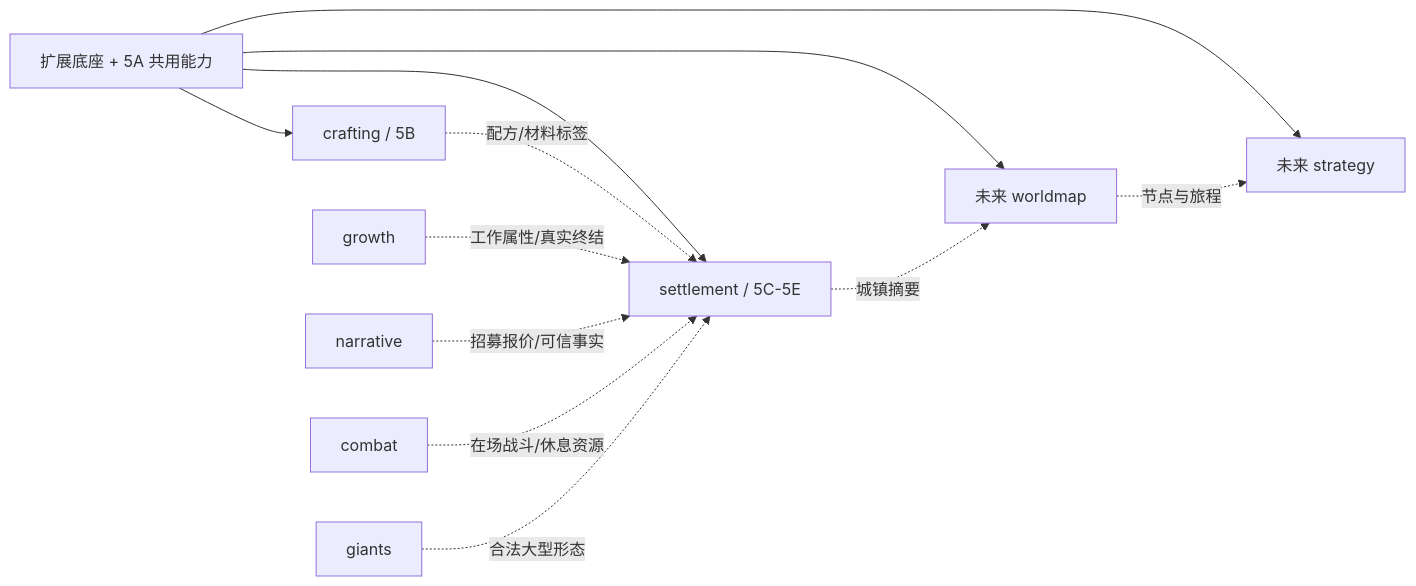
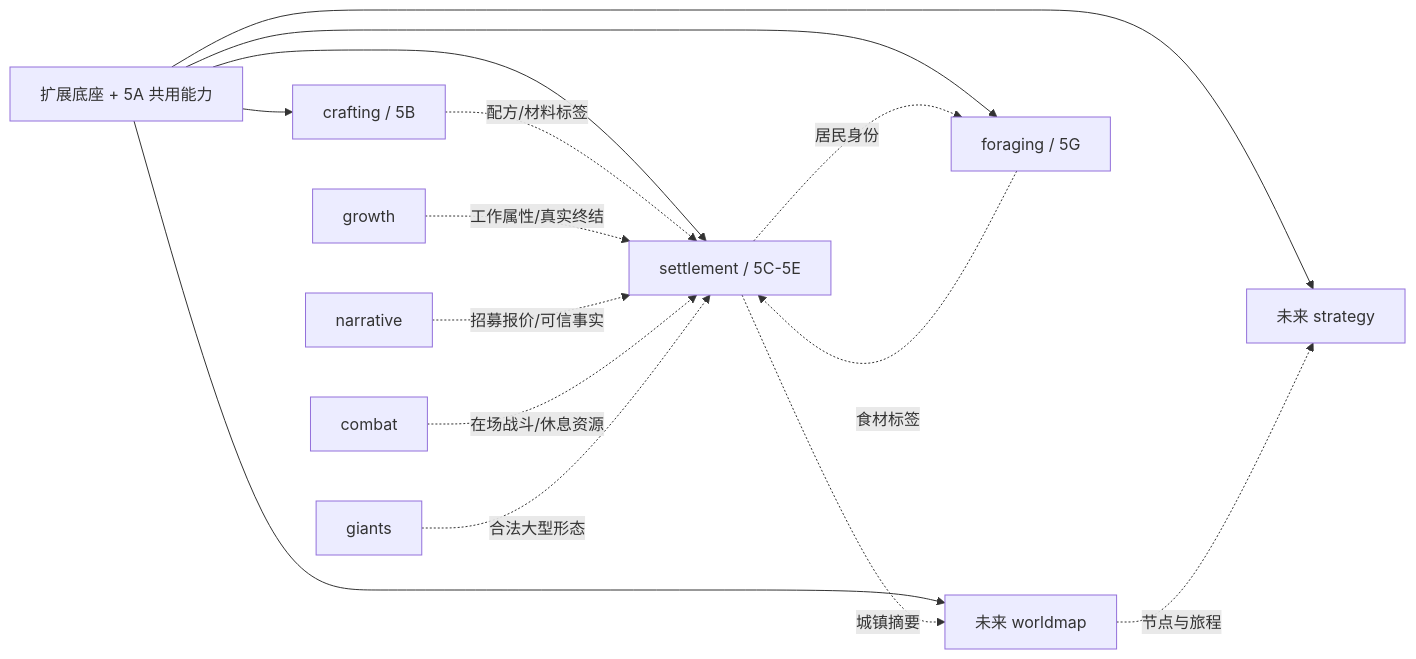
One commit to coolking70/BrogueJS changed the second of 2 diagrams in docs/ext/phase5-settlement-world.md. Above: the diagram before and after it, drawn with Mermaid. The commit also changed other lines of this file and 6 other files, not shown here.

````diff
--- a/docs/ext/phase5-settlement-world.md
+++ b/docs/ext/phase5-settlement-world.md
@@ -492,14 +514,17 @@
 ```mermaid
 flowchart LR
   F[扩展底座 + 5A 共用能力] --> C[crafting / 5B]
   F --> S[settlement / 5C-5E]
   F --> W[未来 worldmap]
   F --> T[未来 strategy]
   C -.配方/材料标签.-> S
   S -.城镇摘要.-> W
   W -.节点与旅程.-> T
   G[growth] -.工作属性/真实终结.-> S
   N[narrative] -.招募报价/可信事实.-> S
   K[combat] -.在场战斗/休息资源.-> S
   J[giants] -.合法大型形态.-> S
+  F --> P[foraging / 5G]
+  P -.食材标签.-> S
+  S -.居民身份.-> P
 ```
````
